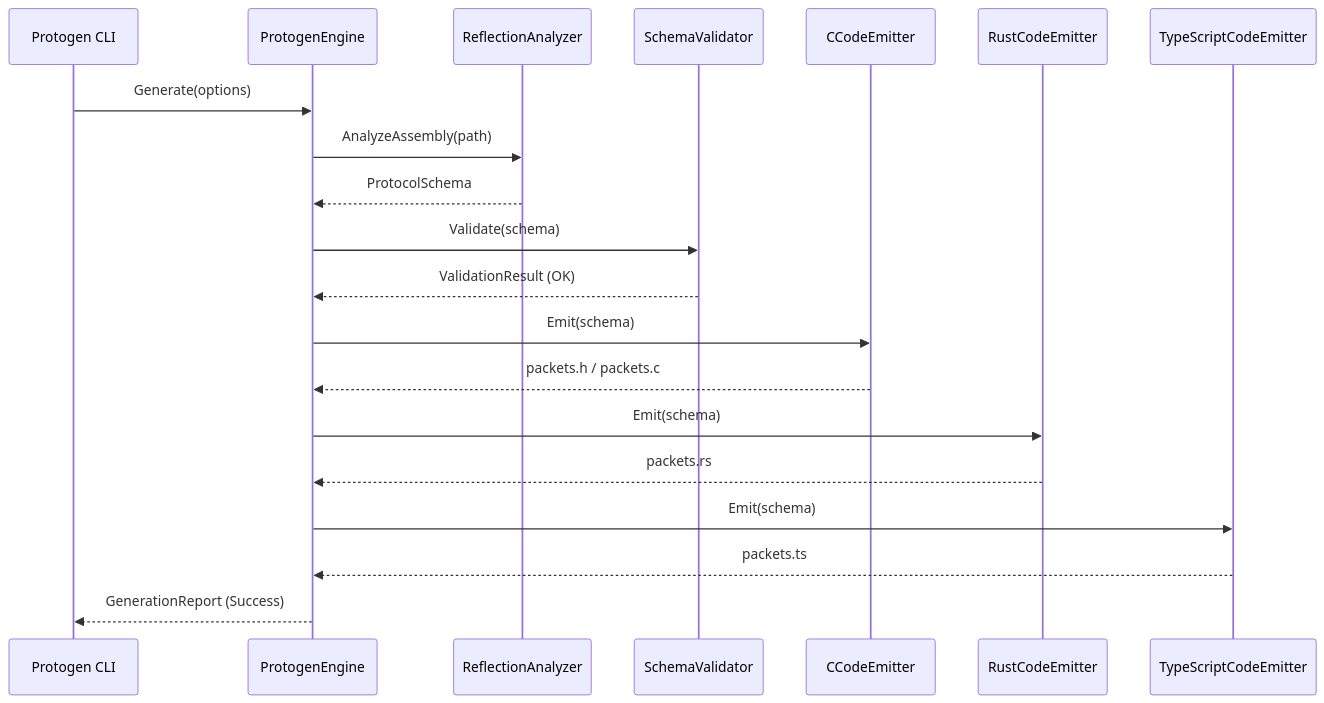
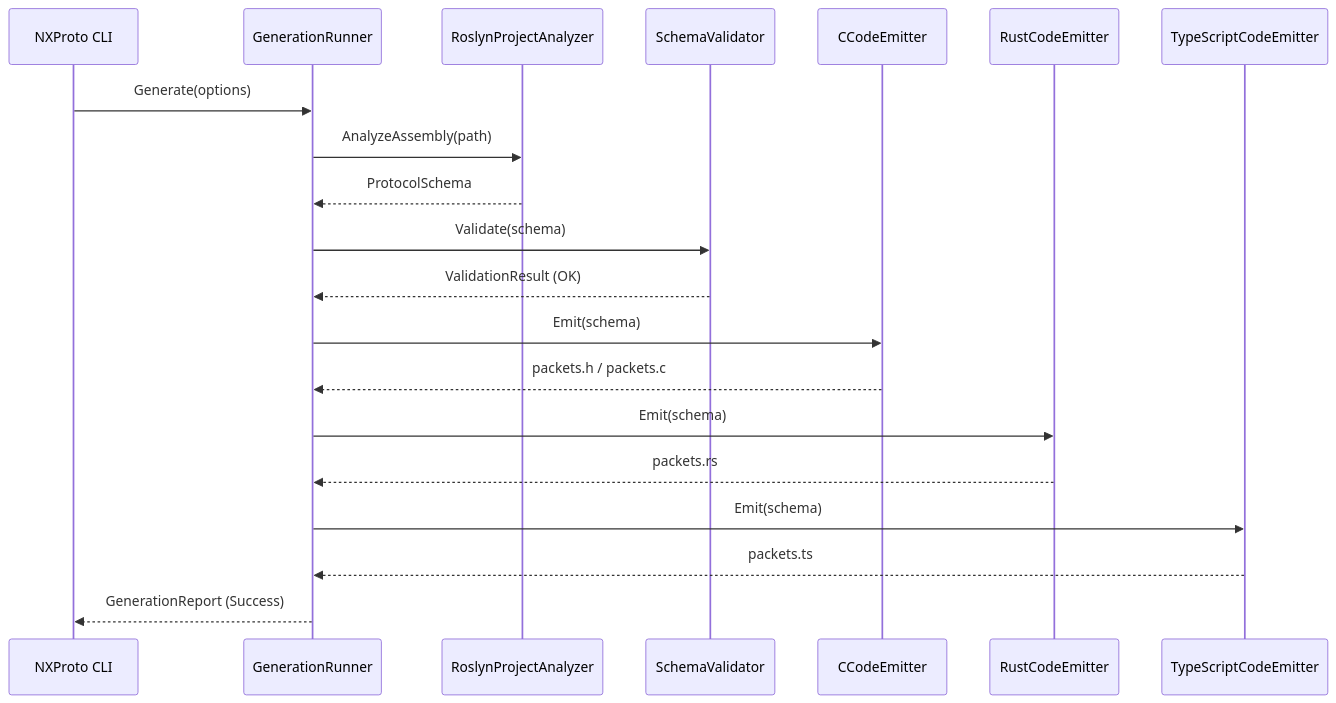
One commit to ppn-systems/nalix-native changed the third of 3 diagrams in docs/ARCHITECTURE.md. Above: the diagram before and after it, drawn with Mermaid. The commit also changed other lines of this file and 74 other files, not shown here.

Commit message:
refactor(nxproto): rename protogen to NXProto, relocate to root, apply DDD/SOLID, and expand multi-project test suite

````diff
--- a/docs/ARCHITECTURE.md
+++ b/docs/ARCHITECTURE.md
@@ -134,23 +131,23 @@
 ```mermaid
 sequenceDiagram
-    participant User as Protogen CLI
-    participant Engine as ProtogenEngine
-    participant Analyzer as ReflectionAnalyzer
+    participant User as NXProto CLI
+    participant Engine as GenerationRunner
+    participant Analyzer as RoslynProjectAnalyzer
     participant Validator as SchemaValidator
     participant EmitterC as CCodeEmitter
     participant EmitterRust as RustCodeEmitter
     participant EmitterTS as TypeScriptCodeEmitter
 
     User->>Engine: Generate(options)
     Engine->>Analyzer: AnalyzeAssembly(path)
     Analyzer-->>Engine: ProtocolSchema
     Engine->>Validator: Validate(schema)
     Validator-->>Engine: ValidationResult (OK)
     Engine->>EmitterC: Emit(schema)
     EmitterC-->>Engine: packets.h / packets.c
     Engine->>EmitterRust: Emit(schema)
     EmitterRust-->>Engine: packets.rs
     Engine->>EmitterTS: Emit(schema)
     EmitterTS-->>Engine: packets.ts
     Engine-->>User: GenerationReport (Success)
 ```
````
